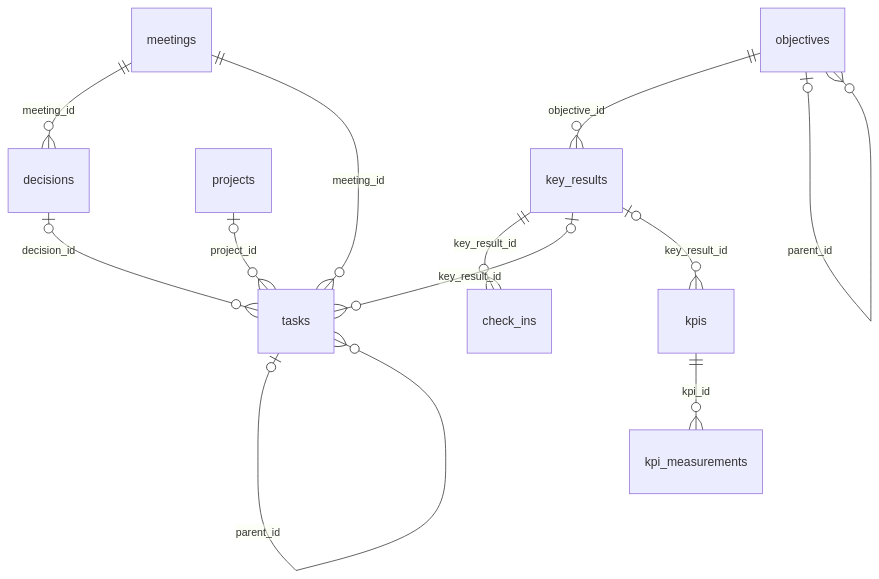
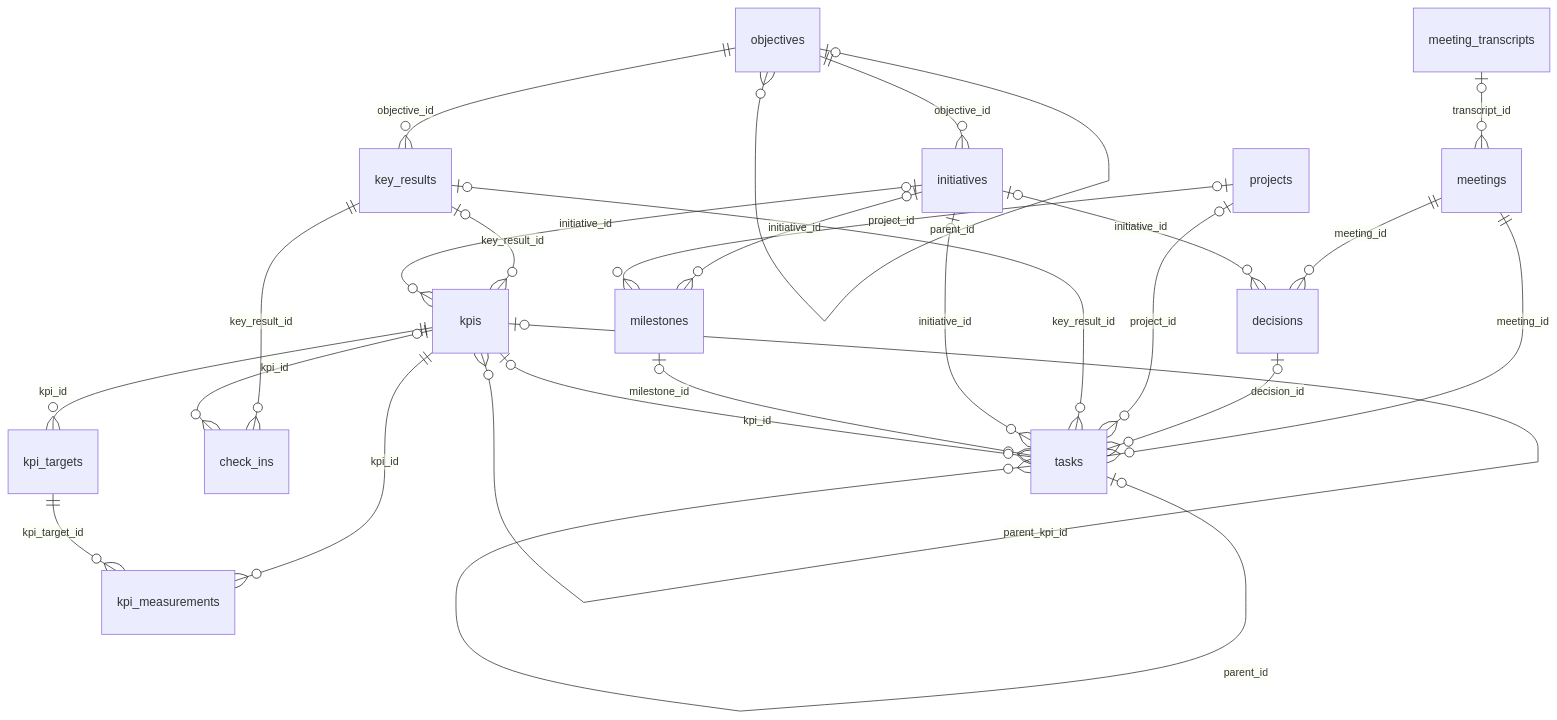
One commit to hovikhanh/Aureon changed the eighth of 11 diagrams in docs/2.PRODUCT/05-DATA-MODEL.md. Above: the diagram before and after it, drawn with Mermaid. The commit also changed other lines of this file, not shown here.

Commit message:
docs(v2.1): rebuild 05-DATA-MODEL part C - ai, idp, and full ERD (DEC-149, DEC-151)

````diff
--- a/docs/2.PRODUCT/05-DATA-MODEL.md
+++ b/docs/2.PRODUCT/05-DATA-MODEL.md
@@ -191,14 +216,27 @@
 ```mermaid
 erDiagram
     meetings ||--o{ decisions : "meeting_id"
     meetings ||--o{ tasks : "meeting_id"
     decisions |o--o{ tasks : "decision_id"
     projects |o--o{ tasks : "project_id"
     tasks |o--o{ tasks : "parent_id"
     objectives ||--o{ key_results : "objective_id"
     objectives |o--o{ objectives : "parent_id"
     key_results ||--o{ check_ins : "key_result_id"
     key_results |o--o{ tasks : "key_result_id"
     kpis ||--o{ kpi_measurements : "kpi_id"
     key_results |o--o{ kpis : "key_result_id"
+    objectives ||--o{ initiatives : "objective_id"
+    initiatives |o--o{ milestones : "initiative_id"
+    projects |o--o{ milestones : "project_id"
+    initiatives |o--o{ tasks : "initiative_id"
+    milestones |o--o{ tasks : "milestone_id"
+    initiatives |o--o{ decisions : "initiative_id"
+    initiatives |o--o{ kpis : "initiative_id"
+    kpis |o--o{ kpis : "parent_kpi_id"
+    kpis ||--o{ kpi_targets : "kpi_id"
+    kpi_targets ||--o{ kpi_measurements : "kpi_target_id"
+    kpis |o--o{ check_ins : "kpi_id"
+    kpis |o--o{ tasks : "kpi_id"
+    meeting_transcripts |o--o{ meetings : "transcript_id"
 ```
````
